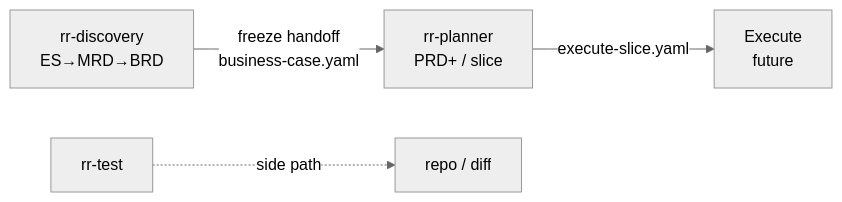
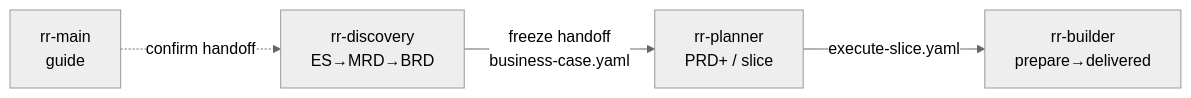
The diagram in plugins/rrraw/README.md (rr-agentic-kit/ai-plugins), drawn with Mermaid (neutral theme) before and after one commit. The commit also changed other lines of this file and 11 other files, not shown here.

````diff
--- a/plugins/rrraw/README.md
+++ b/plugins/rrraw/README.md
@@ -29,6 +30,6 @@
 ```mermaid
 flowchart LR
+  M[rr-main<br/>guide] -.->|confirm handoff| D
   D[rr-discovery<br/>ES→MRD→BRD] -->|freeze handoff<br/>business-case.yaml| P[rr-planner<br/>PRD+ / slice]
-  P -->|execute-slice.yaml| E[Execute<br/>future]
-  T[rr-test] -.->|side path| Code[repo / diff]
+  P -->|execute-slice.yaml| B[rr-builder<br/>prepare→delivered]
 ```
````
